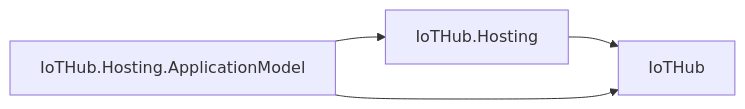
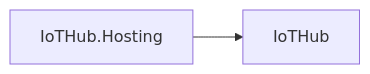
Diagram 17 of 27 in docs/DEPENDENCIES.md (assimalign/cohesion), drawn with Mermaid before and after one commit. The commit also changed other lines of this file and 144 other files, not shown here.

First line of the commit message:
feat(fabric): add the fabric/ root with base application-model contracts

````diff
--- a/docs/DEPENDENCIES.md
+++ b/docs/DEPENDENCIES.md
@@ -764,9 +789,6 @@
 ```mermaid
 flowchart LR
     N0["IoTHub"]
     N1["IoTHub.Hosting"]
-    N2["IoTHub.Hosting.ApplicationModel"]
     N1 --> N0
-    N2 --> N0
-    N2 --> N1
 ```
````
